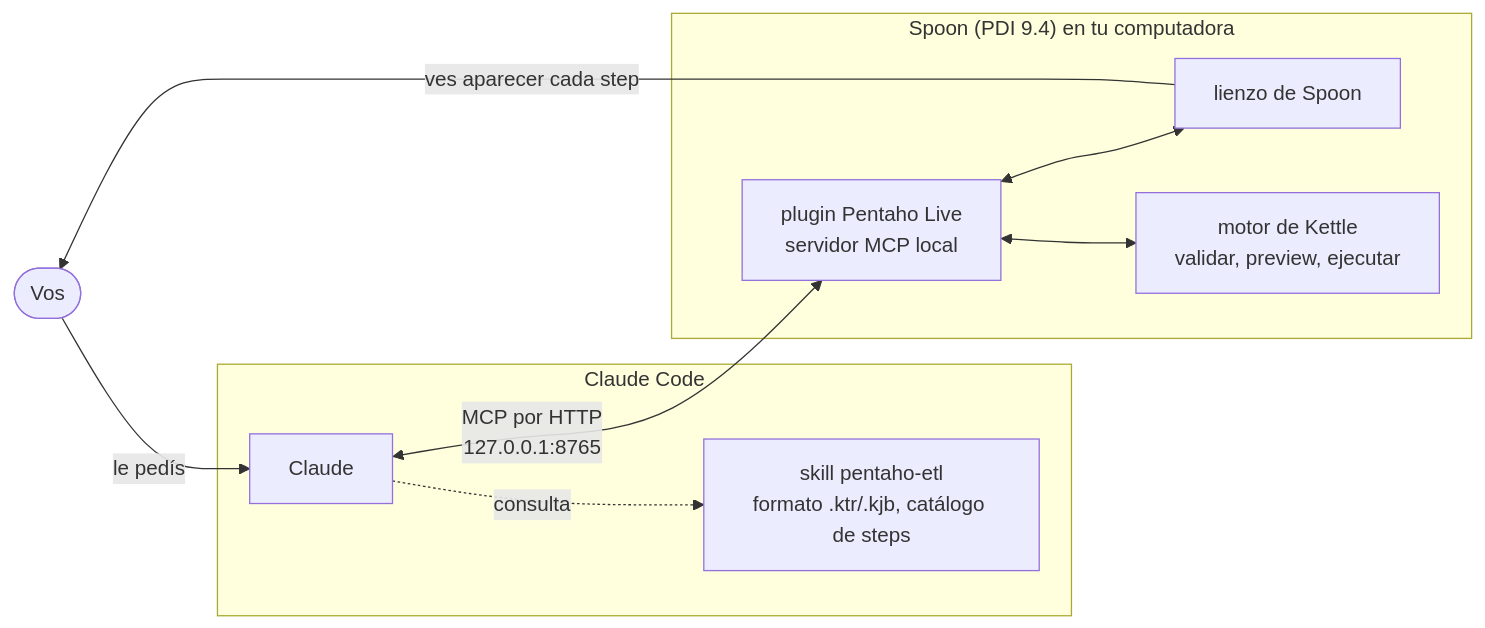
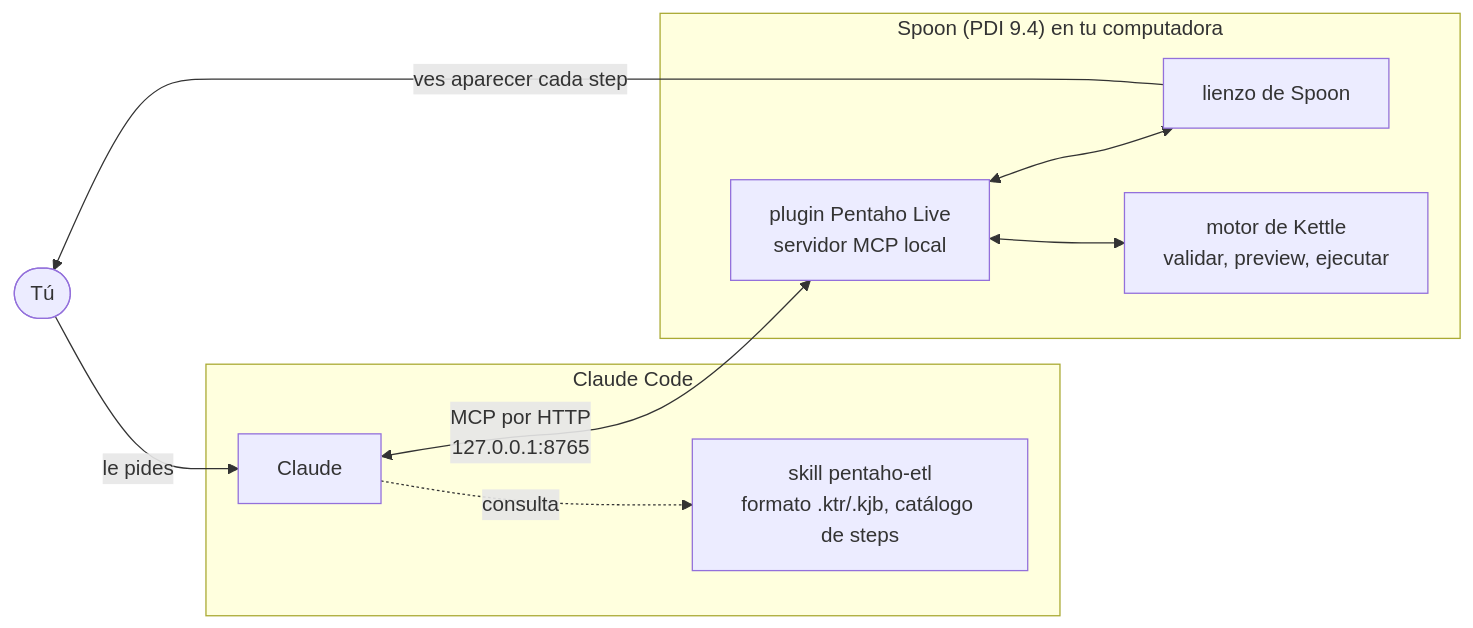
One commit to IvI2511/pentaho-mcp changed the diagram in README.es.md. Above: the diagram before and after it, drawn with Mermaid. The commit also changed other lines of this file, not shown here.

````diff
--- a/README.es.md
+++ b/README.es.md
@@ -99,19 +99,19 @@
 ```mermaid
 flowchart LR
-    you(["Vos"])
+    you(["Tú"])
     subgraph agent ["Claude Code"]
         claude["Claude"]
         skill["skill pentaho-etl<br/>formato .ktr/.kjb, catálogo de steps"]
     end
     subgraph pc ["Spoon (PDI 9.4) en tu computadora"]
         plugin["plugin Pentaho Live<br/>servidor MCP local"]
         canvas["lienzo de Spoon"]
         engine["motor de Kettle<br/>validar, preview, ejecutar"]
     end
-    you -- "le pedís" --> claude
+    you -- "le pides" --> claude
     claude -. "consulta" .-> skill
     claude <-- "MCP por HTTP<br/>127.0.0.1:8765" --> plugin
     plugin <--> canvas
     plugin <--> engine
     canvas -- "ves aparecer cada step" --> you
 ```
````
